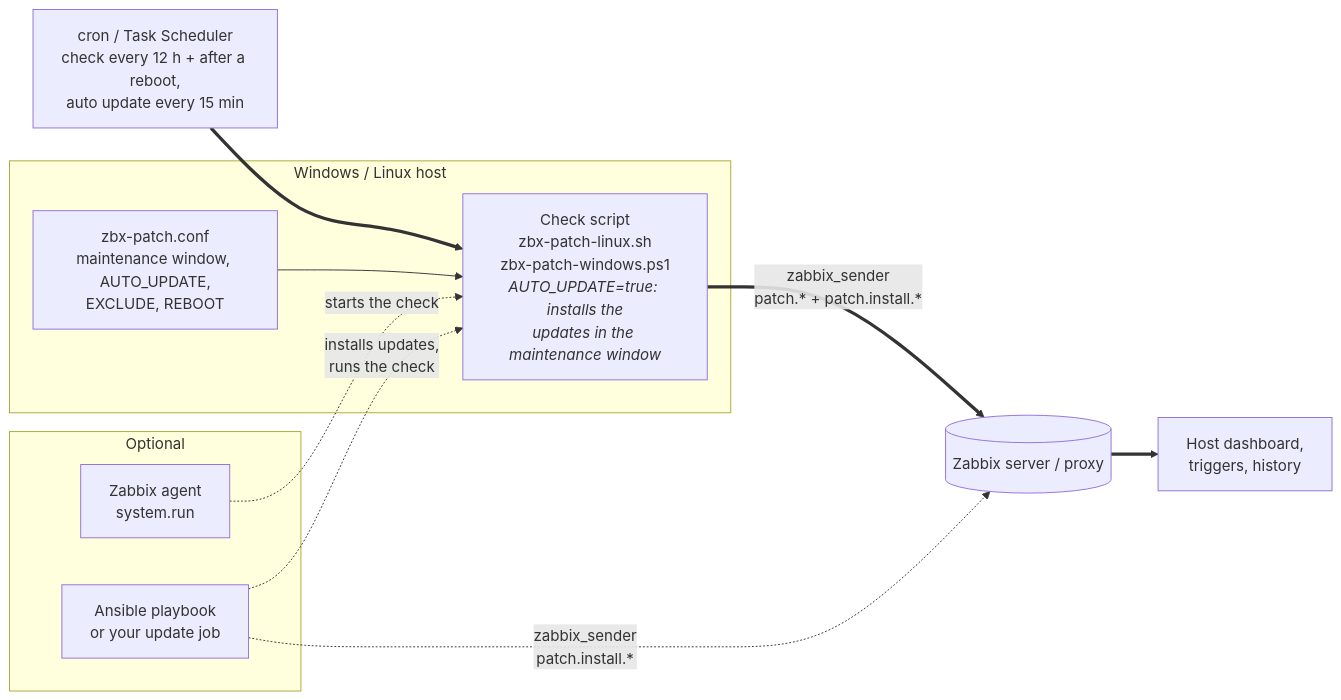
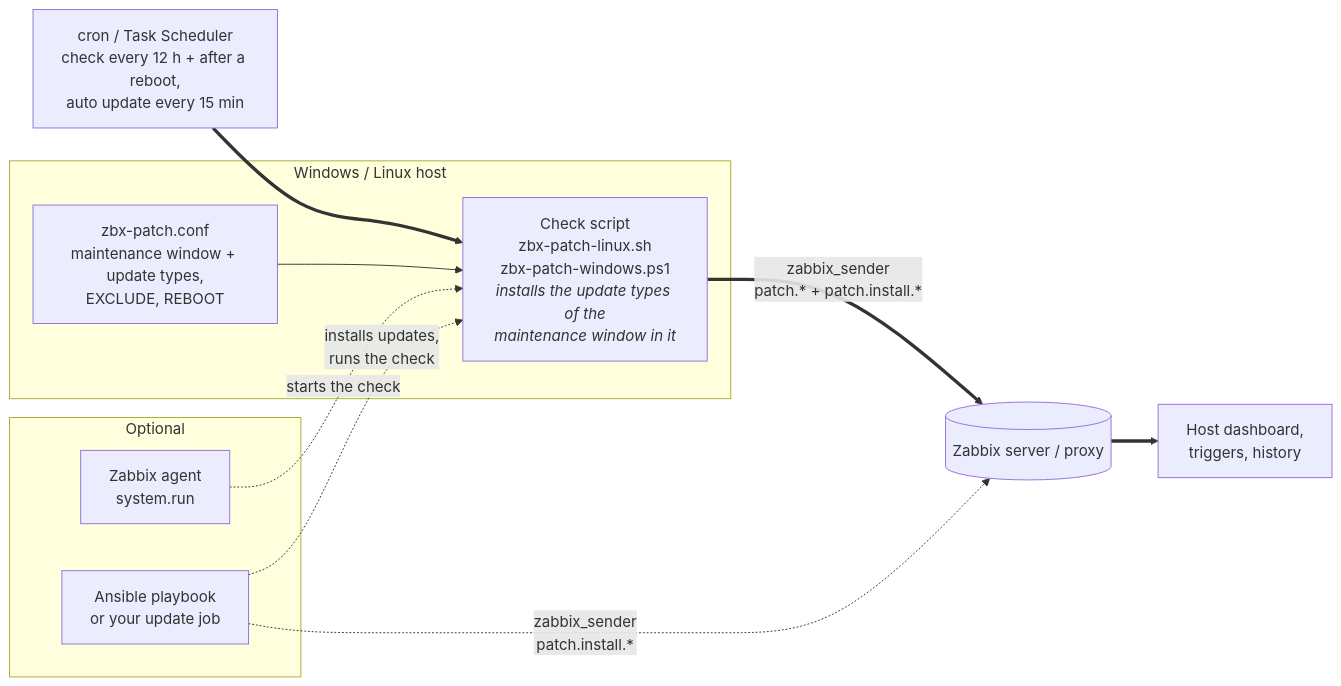
Before and after one commit to DuprTECH/PatchBix-Zabbix-Patch-Management-Windows-Linux: the diagram in README.md, drawn with Mermaid. The commit also changed other lines of this file and 5 other files, not shown here.

First line of the commit message:
Maintenance window with update types; the window turns the automatic updates on

````diff
--- a/README.md
+++ b/README.md
@@ -26,21 +26,21 @@
 ```mermaid
 flowchart LR
     S["cron / Task Scheduler<br/>check every 12 h + after a reboot,<br/>auto update every 15 min"]
     subgraph Host["Windows / Linux host"]
-        CF["zbx-patch.conf<br/>maintenance window, AUTO_UPDATE,<br/>EXCLUDE, REBOOT"]
-        C["Check script<br/>zbx-patch-linux.sh<br/>zbx-patch-windows.ps1<br/><i>AUTO_UPDATE=true: installs the<br/>updates in the maintenance window</i>"]
+        CF["zbx-patch.conf<br/>maintenance window + update types,<br/>EXCLUDE, REBOOT"]
+        C["Check script<br/>zbx-patch-linux.sh<br/>zbx-patch-windows.ps1<br/><i>installs the update types of the<br/>maintenance window in it</i>"]
     end
     Z[("Zabbix server / proxy")]
     D["Host dashboard,<br/>triggers, history"]
     S ==> C
     CF --> C
     C ==>|"zabbix_sender<br/>patch.* + patch.install.*"| Z
     Z ==> D
     subgraph Opt["Optional"]
         A["Zabbix agent<br/>system.run"]
         AN["Ansible playbook<br/>or your update job"]
     end
     A -.->|starts the check| C
     AN -.->|"installs updates,<br/>runs the check"| C
     AN -.->|"zabbix_sender<br/>patch.install.*"| Z
 ```
````
